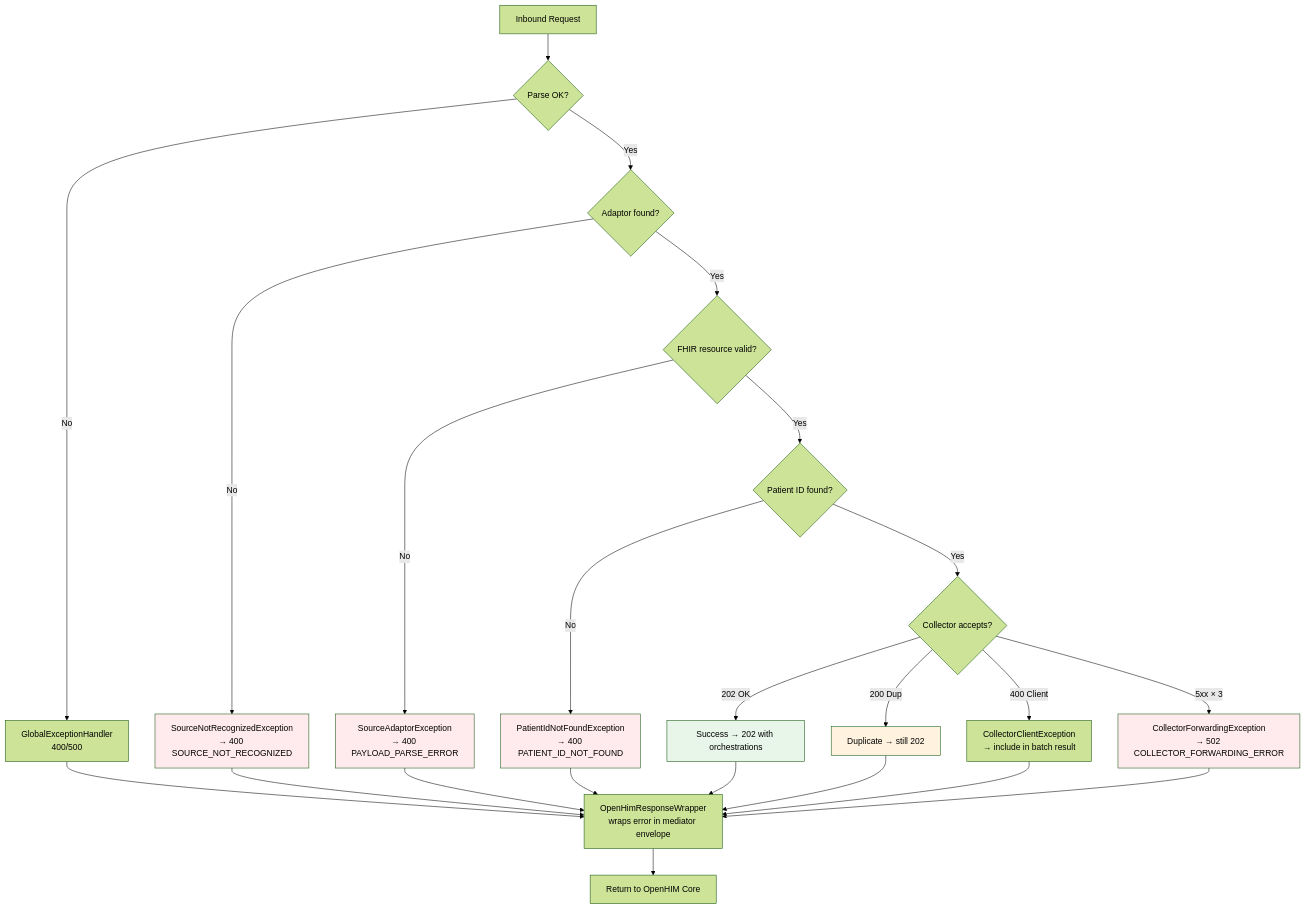
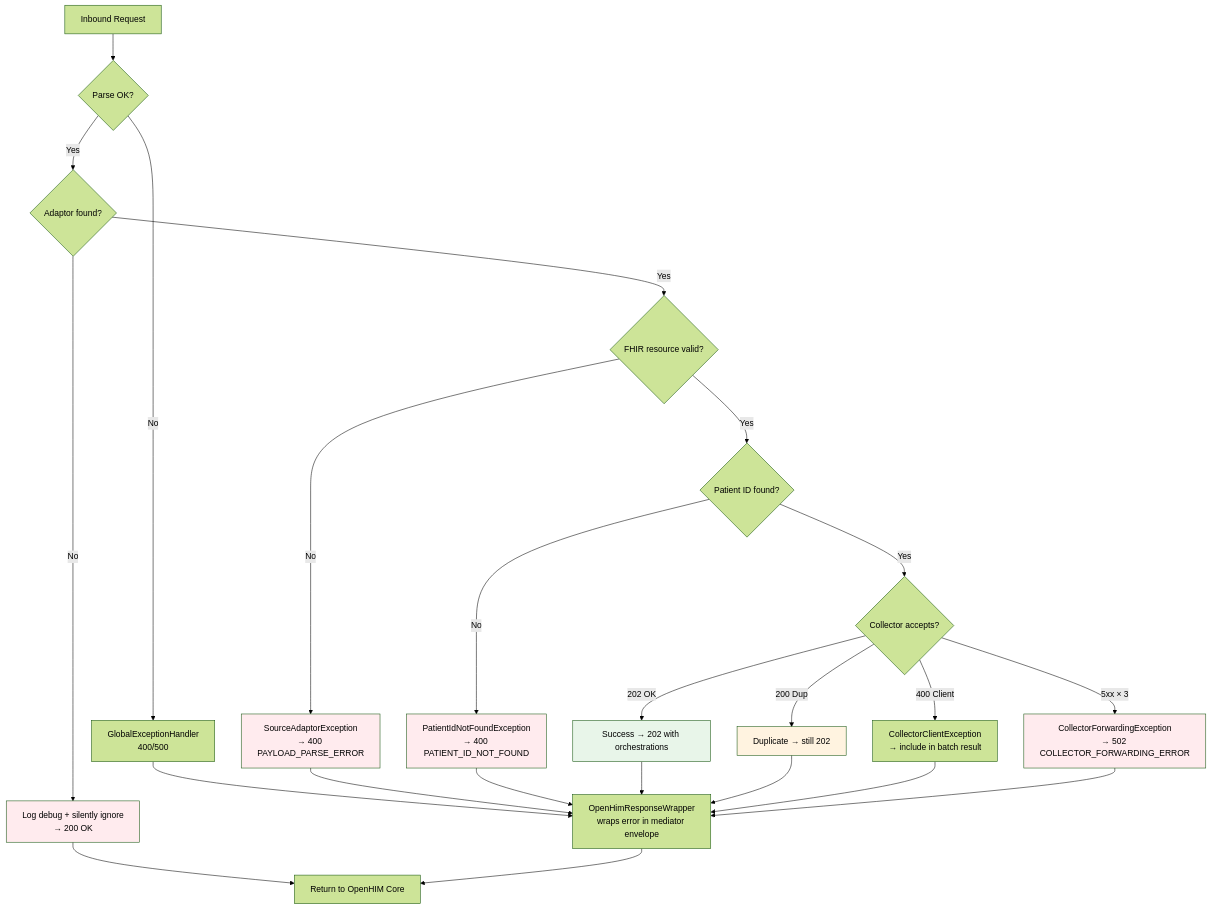
The sixth of 8 diagrams in docs/flow-diagrams.md (Jayaprakash8887/openhim-cce-emitter-adaptor), drawn with Mermaid (forest theme) before and after one commit. The commit also changed other lines of this file and 2 other files, not shown here.

Commit message:
Feat #CCE-83: Removal of SourceNotRecognized exception

````diff
--- a/docs/flow-diagrams.md
+++ b/docs/flow-diagrams.md
@@ -198,39 +198,39 @@
 ```mermaid
 flowchart TD
     A[Inbound Request] --> B{Parse OK?}
 
     B -->|No| C[GlobalExceptionHandler<br/>400/500]
     B -->|Yes| D{Adaptor found?}
 
-    D -->|No| E[SourceNotRecognizedException<br/>→ 400 SOURCE_NOT_RECOGNIZED]
+    D -->|No| E[Log debug + silently ignore<br/>→ 200 OK]
     D -->|Yes| F{FHIR resource valid?}
 
     F -->|No| G[SourceAdaptorException<br/>→ 400 PAYLOAD_PARSE_ERROR]
     F -->|Yes| H{Patient ID found?}
 
     H -->|No| I[PatientIdNotFoundException<br/>→ 400 PATIENT_ID_NOT_FOUND]
     H -->|Yes| J{Collector accepts?}
 
     J -->|202 OK| K[Success → 202 with orchestrations]
     J -->|200 Dup| L[Duplicate → still 202]
     J -->|400 Client| M[CollectorClientException<br/>→ include in batch result]
     J -->|5xx × 3| N[CollectorForwardingException<br/>→ 502 COLLECTOR_FORWARDING_ERROR]
 
     C --> O[OpenHimResponseWrapper<br/>wraps error in mediator envelope]
-    E --> O
+    E --> P
     G --> O
     I --> O
     K --> O
     L --> O
     M --> O
     N --> O
 
     O --> P[Return to OpenHIM Core]
 
     style K fill:#e8f5e9
     style L fill:#fff3e0
     style E fill:#ffebee
     style G fill:#ffebee
     style I fill:#ffebee
     style N fill:#ffebee
 ```
````
